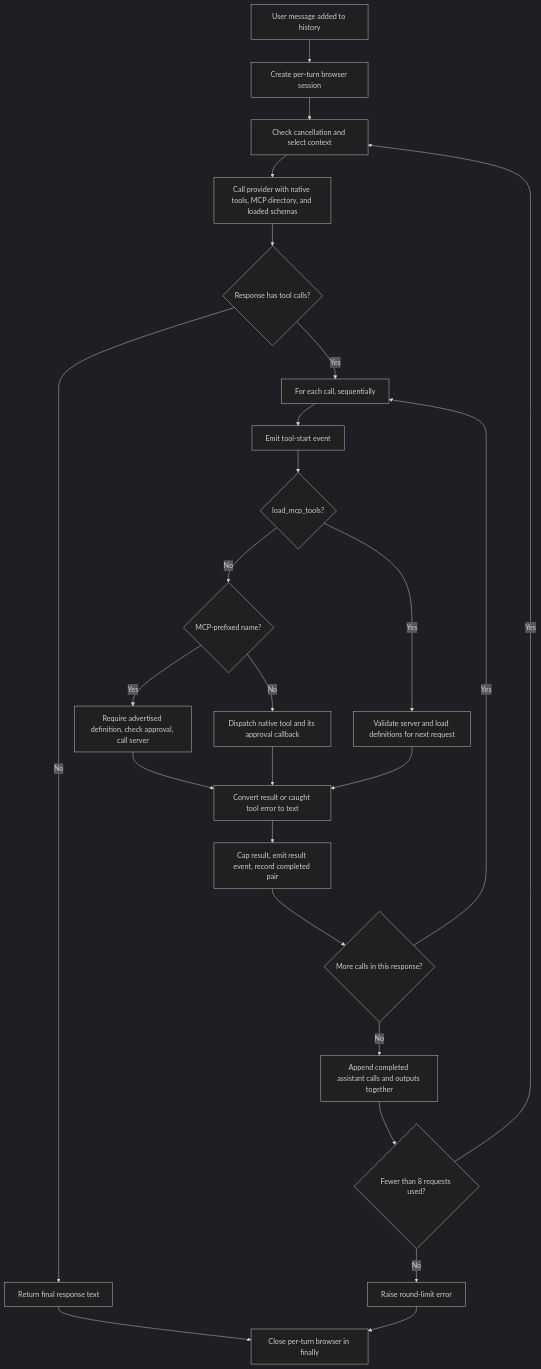
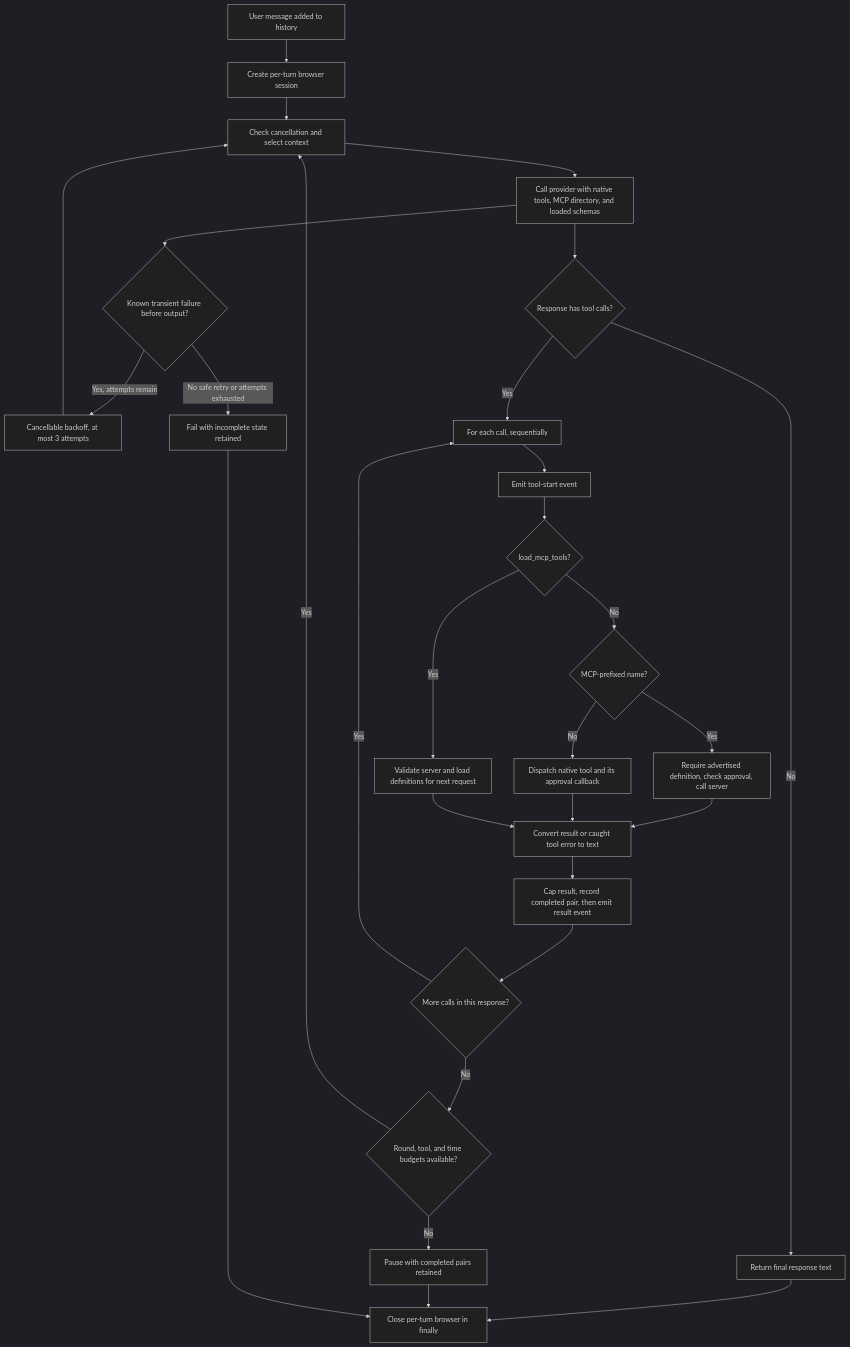
The first of 3 diagrams in src/docs/04-agent-loop-and-context.md (MetalCloth/mini-hermes), drawn with Mermaid (dark theme) before and after one commit. The commit also changed other lines of this file and 28 other files, not shown here.

````diff
--- a/src/docs/04-agent-loop-and-context.md
+++ b/src/docs/04-agent-loop-and-context.md
@@ -32,27 +32,31 @@
 ```mermaid
 flowchart TD
     A["User message added to history"] --> B["Create per-turn browser session"]
     B --> C["Check cancellation and select context"]
     C --> D["Call provider with native tools, MCP directory, and loaded schemas"]
+    D --> RETRY{"Known transient failure before output?"}
+    RETRY -->|"Yes, attempts remain"| WAIT["Cancellable backoff, at most 3 attempts"]
+    WAIT --> C
+    RETRY -->|"No safe retry or attempts exhausted"| FAIL["Fail with incomplete state retained"]
     D --> E{"Response has tool calls?"}
     E -->|"No"| F["Return final response text"]
     E -->|"Yes"| G["For each call, sequentially"]
     G --> H["Emit tool-start event"]
     H --> LOAD{"load_mcp_tools?"}
     LOAD -->|"Yes"| DEF["Validate server and load definitions for next request"]
     LOAD -->|"No"| I{"MCP-prefixed name?"}
     I -->|"Yes"| J["Require advertised definition, check approval, call server"]
     I -->|"No"| K["Dispatch native tool and its approval callback"]
     J --> L["Convert result or caught tool error to text"]
     K --> L
     DEF --> L
-    L --> M["Cap result, emit result event, record completed pair"]
+    L --> M["Cap result, record completed pair, then emit result event"]
     M --> N{"More calls in this response?"}
     N -->|"Yes"| G
-    N -->|"No"| O["Append completed assistant calls and outputs together"]
-    O --> P{"Fewer than 8 requests used?"}
+    N -->|"No"| P{"Round, tool, and time budgets available?"}
     P -->|"Yes"| C
-    P -->|"No"| Q["Raise round-limit error"]
+    P -->|"No"| Q["Pause with completed pairs retained"]
     F --> Z["Close per-turn browser in finally"]
     Q --> Z
+    FAIL --> Z
 ```
````
